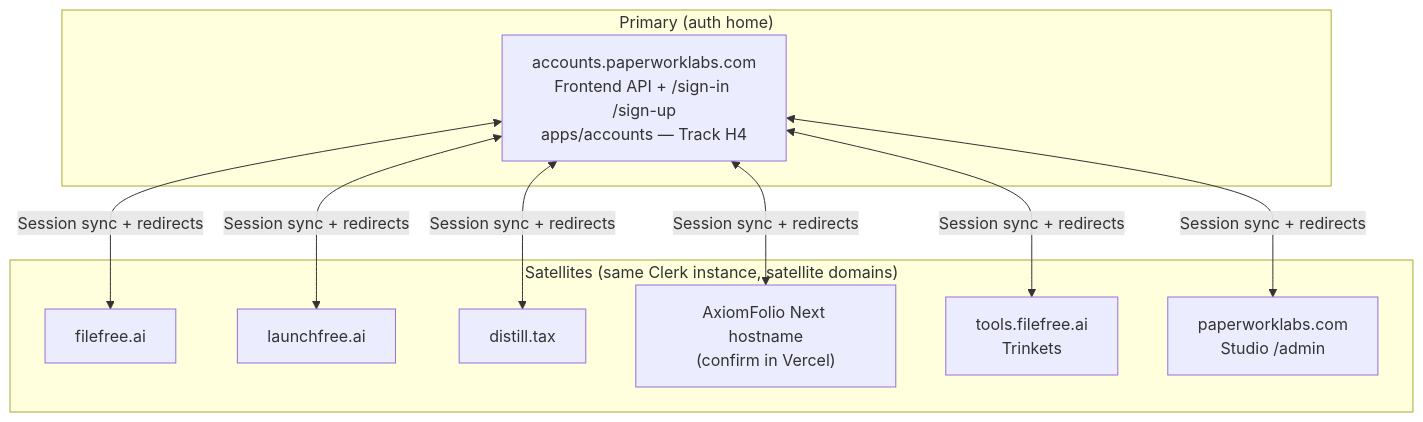
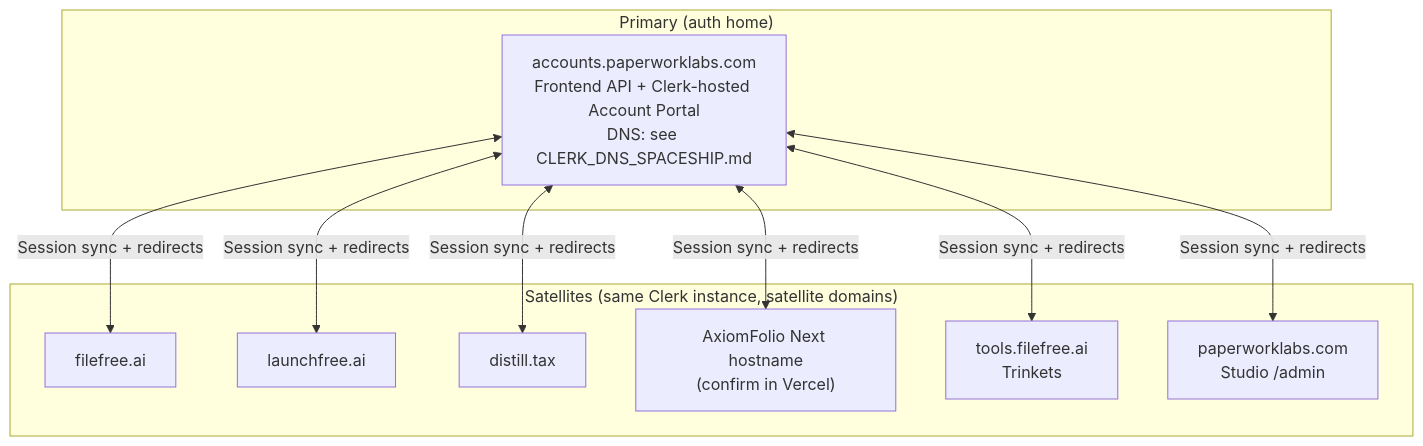
One commit to paperwork-labs/paperwork changed the diagram in docs/infra/CLERK_SATELLITE_TOPOLOGY.md. Above: the diagram before and after it, drawn with Mermaid. The commit also changed other lines of this file and 3 other files, not shown here.

First line of the commit message:
docs(infra): Spaceship DNS runbook for Clerk 5-CNAME setup

````diff
--- a/docs/infra/CLERK_SATELLITE_TOPOLOGY.md
+++ b/docs/infra/CLERK_SATELLITE_TOPOLOGY.md
@@ -21,20 +21,20 @@
 ```mermaid
 flowchart TB
   subgraph primary["Primary (auth home)"]
-    ACC["accounts.paperworklabs.com\nFrontend API + /sign-in /sign-up\napps/accounts — Track H4"]
+    ACC["accounts.paperworklabs.com\nFrontend API + Clerk-hosted Account Portal\nDNS: see CLERK_DNS_SPACESHIP.md"]
   end
   subgraph satellites["Satellites (same Clerk instance, satellite domains)"]
     FF["filefree.ai"]
     LF["launchfree.ai"]
     DT["distill.tax"]
     AX["AxiomFolio Next hostname\n(confirm in Vercel)"]
     TR["tools.filefree.ai\nTrinkets"]
     STU["paperworklabs.com\nStudio /admin"]
   end
   ACC <-->|"Session sync + redirects"| FF
   ACC <-->|"Session sync + redirects"| LF
   ACC <-->|"Session sync + redirects"| DT
   ACC <-->|"Session sync + redirects"| AX
   ACC <-->|"Session sync + redirects"| TR
   ACC <-->|"Session sync + redirects"| STU
 ```
````
